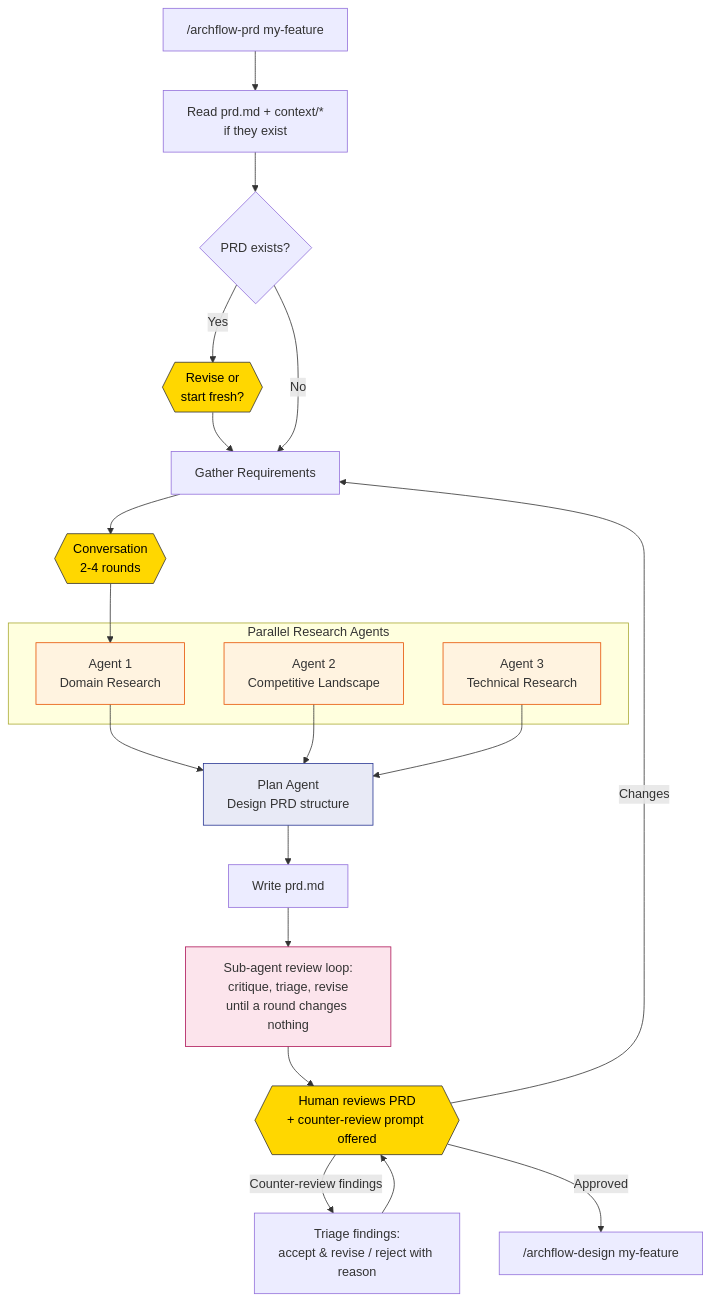
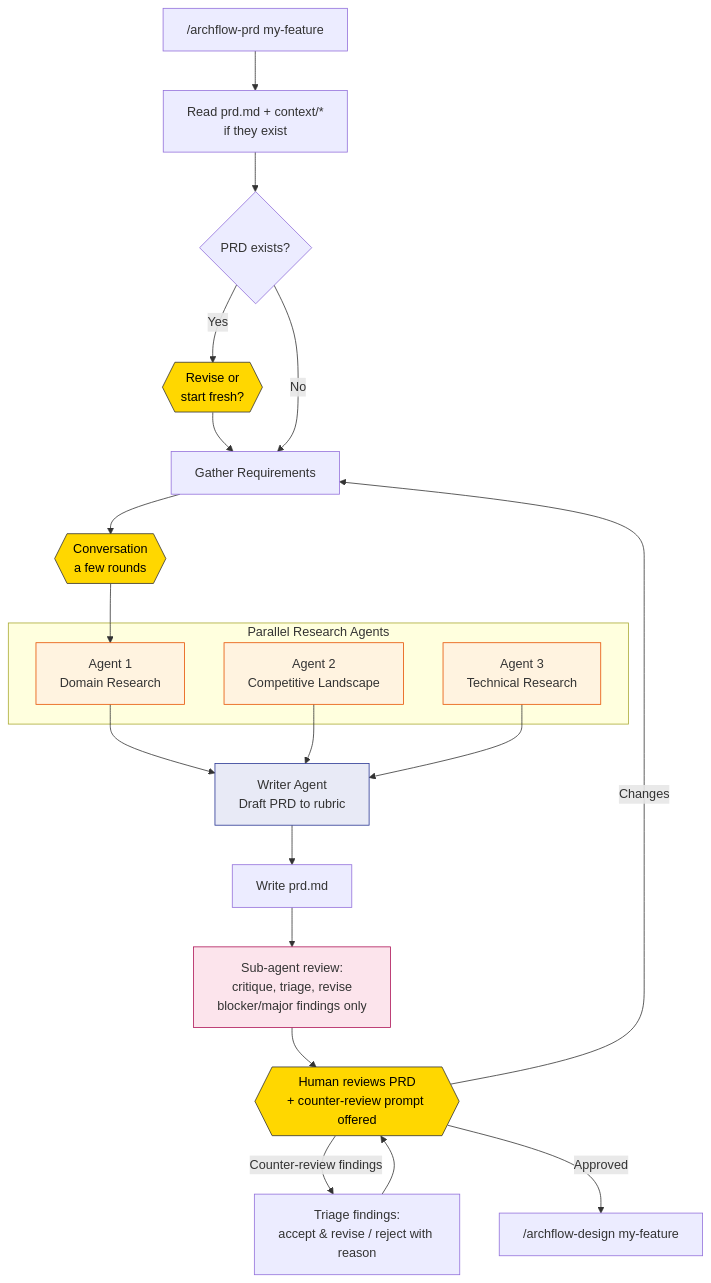
The fifth of 13 diagrams in docs/archflow-process.md (Aroton/ArchflowV2), drawn with Mermaid before and after one commit. The commit also changed other lines of this file and 8 other files, not shown here.

````diff
--- a/docs/archflow-process.md
+++ b/docs/archflow-process.md
@@ -173,38 +177,38 @@
 ```mermaid
 flowchart TD
     P0["/archflow-prd my-feature"] --> P_read[Read prd.md + context/*<br/>if they exist]
     P_read --> P1{PRD exists?}
     P1 -->|Yes| P1a{{Revise or<br/>start fresh?}}
     P1a --> P2
     P1 -->|No| P2
 
-    P2[Gather Requirements] --> P2a{{Conversation<br/>2-4 rounds}}
+    P2[Gather Requirements] --> P2a{{Conversation<br/>a few rounds}}
     P2a --> P3
 
     subgraph "Parallel Research Agents"
         P3[Agent 1<br/>Domain Research]
         P4[Agent 2<br/>Competitive Landscape]
         P5[Agent 3<br/>Technical Research]
     end
 
     P3 --> P6
     P4 --> P6
     P5 --> P6
 
-    P6[Plan Agent<br/>Design PRD structure] --> P7[Write prd.md]
-    P7 --> P7a[Sub-agent review loop:<br/>critique, triage, revise<br/>until a round changes nothing]
+    P6[Writer Agent<br/>Draft PRD to rubric] --> P7[Write prd.md]
+    P7 --> P7a[Sub-agent review:<br/>critique, triage, revise<br/>blocker/major findings only]
     P7a --> P8{{Human reviews PRD<br/>+ counter-review prompt offered}}
     P8 -->|Changes| P2
     P8 -->|Counter-review findings| P8a[Triage findings:<br/>accept & revise / reject with reason]
     P8a --> P8
     P8 -->|Approved| P9["/archflow-design my-feature"]
 
     style P3 fill:#fff3e0,stroke:#e65100
     style P4 fill:#fff3e0,stroke:#e65100
     style P5 fill:#fff3e0,stroke:#e65100
     style P6 fill:#e8eaf6,stroke:#283593
     style P7a fill:#fce4ec,stroke:#ad1457
     style P2a fill:#ffd700,stroke:#333,color:#000
     style P1a fill:#ffd700,stroke:#333,color:#000
     style P8 fill:#ffd700,stroke:#333,color:#000
 ```
````
